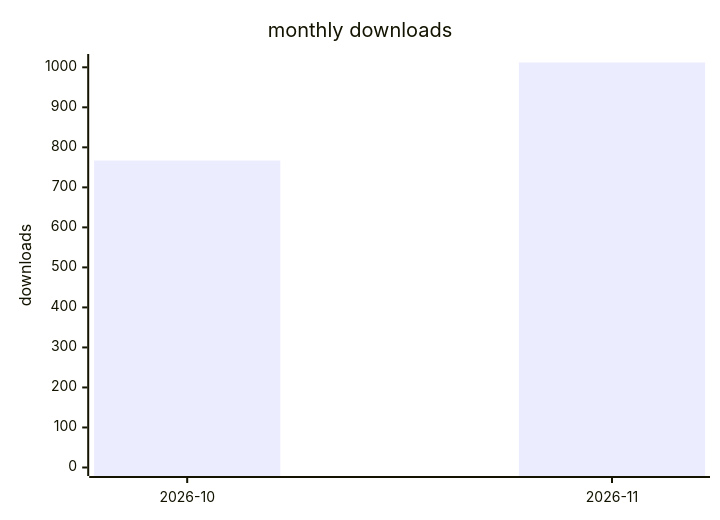
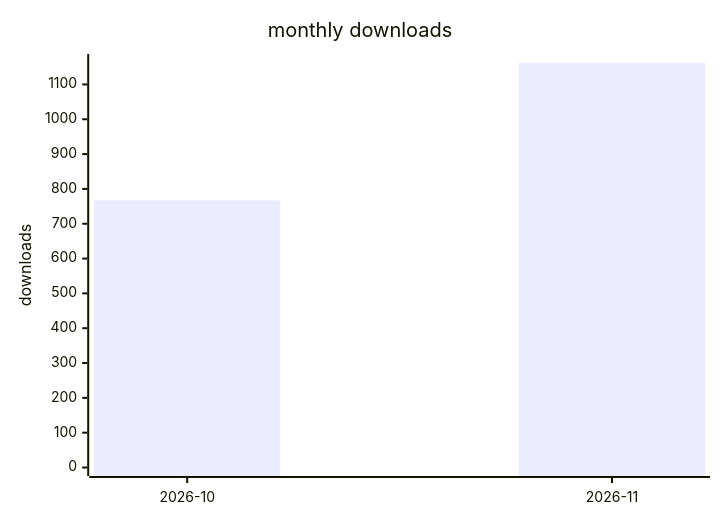
Before and after one commit to terry2010/opencode-loop-recover: the second of 2 diagrams in docs/downloads-2026.md, drawn with Mermaid. The commit also changed other lines of this file and 1 other file, not shown here.

````diff
--- a/docs/downloads-2026.md
+++ b/docs/downloads-2026.md
@@ -29,7 +29,7 @@
 ```mermaid
 xychart-beta
     title "monthly downloads"
     x-axis ["2026-10", "2026-11"]
-    y-axis "downloads" 0 --> 1012
-    bar [767, 1012]
+    y-axis "downloads" 0 --> 1163
+    bar [767, 1163]
 ```
````
